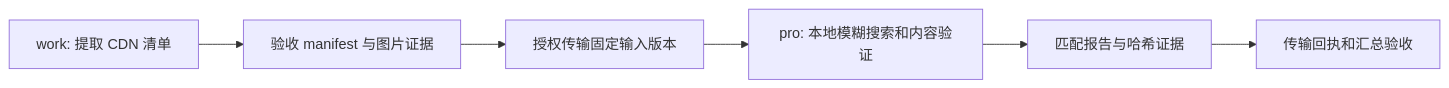
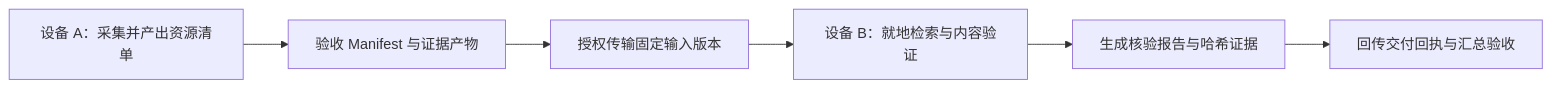
The second of 2 diagrams in docs/graph-agent/design/cross-device-dispatch-design.md (SwingCosmic/astra-conductor), drawn with Mermaid before and after one commit. The commit also changed other lines of this file and 9 other files, not shown here.

````diff
--- a/docs/graph-agent/design/cross-device-dispatch-design.md
+++ b/docs/graph-agent/design/cross-device-dispatch-design.md
@@ -156,8 +158,8 @@
 ```mermaid
 flowchart LR
-    W[work: 提取 CDN 清单] --> M[验收 manifest 与图片证据]
-    M --> T[授权传输固定输入版本]
-    T --> P[pro: 本地模糊搜索和内容验证]
-    P --> R[匹配报告与哈希证据]
-    R --> D[传输回执和汇总验收]
+    W["设备 A：采集并产出资源清单"] --> M["验收 Manifest 与证据产物"]
+    M --> T["授权传输固定输入版本"]
+    T --> P["设备 B：就地检索与内容验证"]
+    P --> R["生成核验报告与哈希证据"]
+    R --> D["回传交付回执与汇总验收"]
 ```
````
